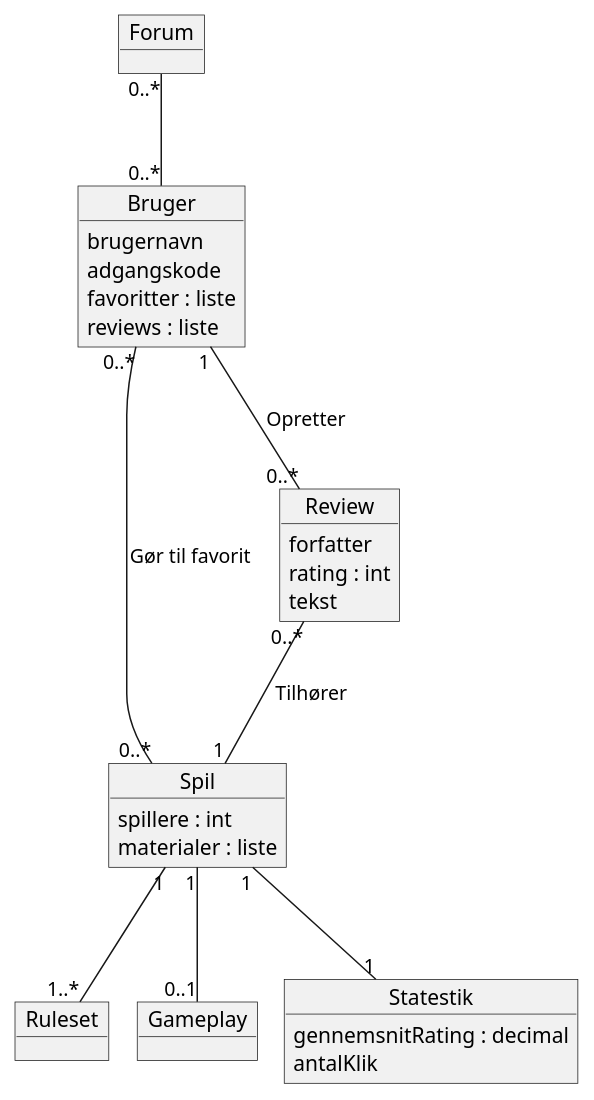
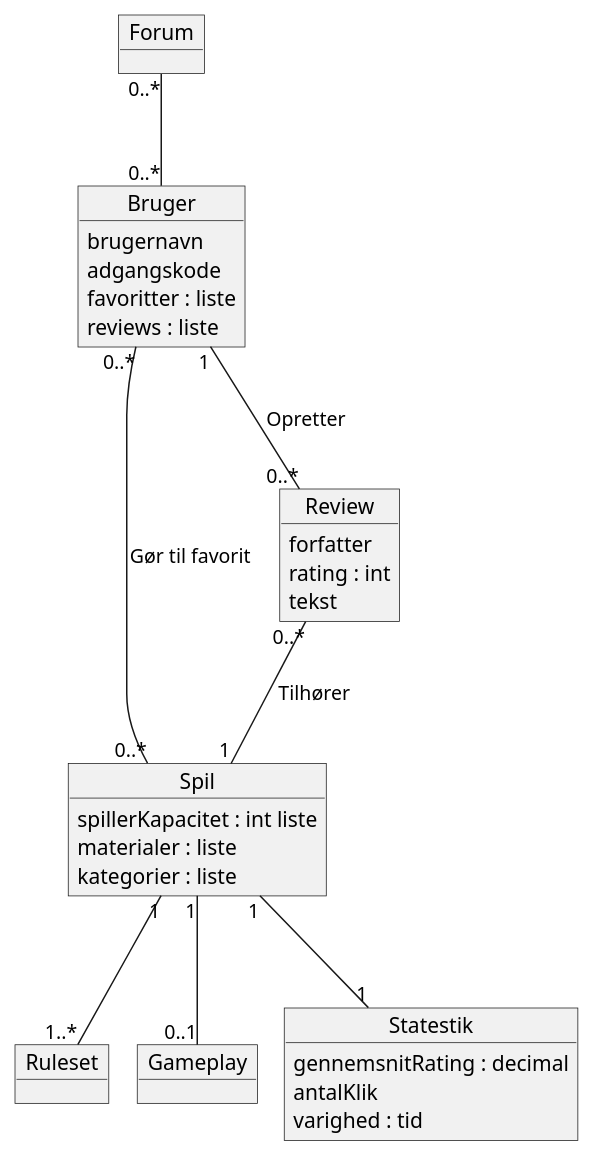
One commit to AlecDH/Party-Games-Pet-Project changed the diagram in doc/Domæne.puml. Above: the diagram before and after it, drawn with PlantUML.

Commit message:
Updated domain model

```diff
--- a/doc/Domæne.puml
+++ b/doc/Domæne.puml
@@ -1,42 +1,44 @@
 @startuml
 !pragma layout smetana
 'https://plantuml.com/sequence-diagram
 
 object Bruger{
 brugernavn
 adgangskode
 favoritter : liste
 reviews : liste
 }
 
 object Spil{
-spillere : int
+spillerKapacitet : int liste
 materialer : liste
+kategorier : liste
 }
 
 object Review{
 forfatter
 rating : int
 tekst
 }
 
 object Forum
 
 object Ruleset
 
 object Gameplay
 
 object Statestik{
 gennemsnitRating : decimal
 antalKlik
+varighed : tid
 }
 
 Bruger "0..*" --- "0..*" Spil : Gør til favorit
 Review "0..*" --- "1" Spil : Tilhører
 Bruger "1" --- "0..*" Review : Opretter
 Forum "0..*" --- "0..*" Bruger
 Spil "1" --- "1..*" Ruleset
 Spil "1" --- "0..1" Gameplay
 Spil "1" --- "1" Statestik
 
 @enduml
```
